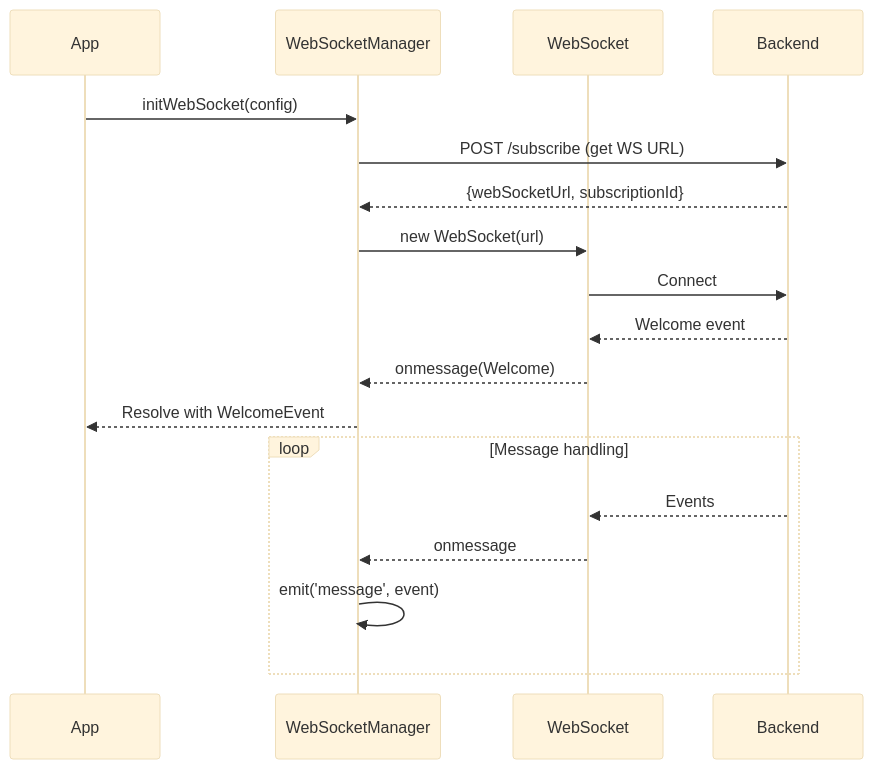
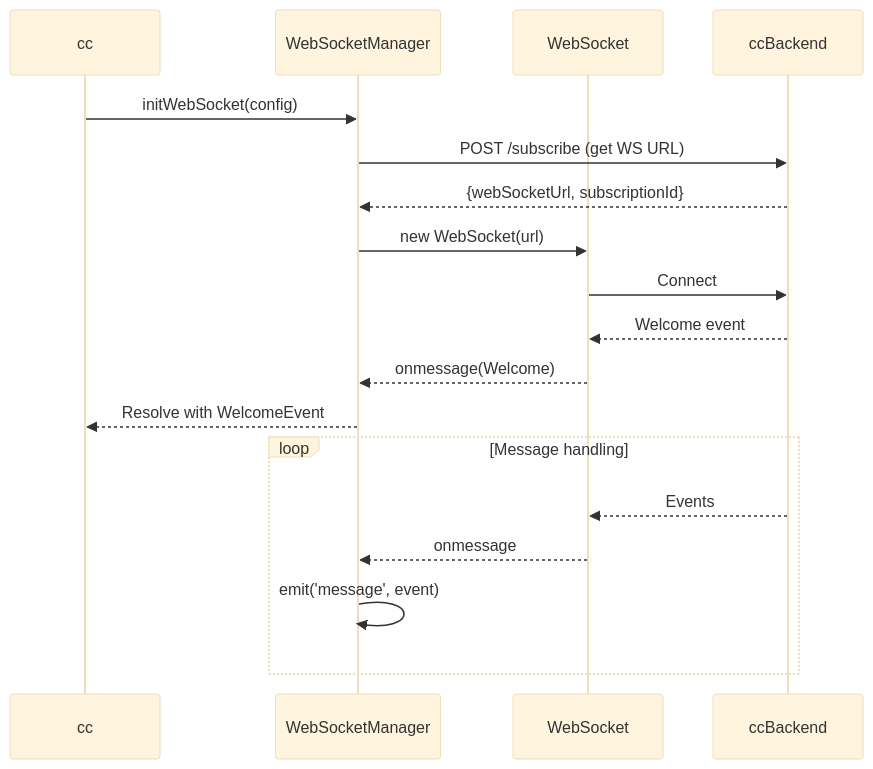
The first of 5 diagrams in packages/@webex/contact-center/src/services/core/ai-docs/ARCHITECTURE.md (webex/webex-js-sdk), drawn with Mermaid (base theme) before and after one commit. The commit also changed other lines of this file, not shown here.

````diff
--- a/packages/@webex/contact-center/src/services/core/ai-docs/ARCHITECTURE.md
+++ b/packages/@webex/contact-center/src/services/core/ai-docs/ARCHITECTURE.md
@@ -63,22 +11,22 @@
 ```mermaid
 sequenceDiagram
-    participant App
+    participant cc
     participant WSM as WebSocketManager
     participant WS as WebSocket
-    participant BE as Backend
-    
-    App->>WSM: initWebSocket(config)
+    participant BE as ccBackend
+
+    cc->>WSM: initWebSocket(config)
     WSM->>BE: POST /subscribe (get WS URL)
     BE-->>WSM: {webSocketUrl, subscriptionId}
     WSM->>WS: new WebSocket(url)
     WS->>BE: Connect
     BE-->>WS: Welcome event
     WS-->>WSM: onmessage(Welcome)
-    WSM-->>App: Resolve with WelcomeEvent
-    
+    WSM-->>cc: Resolve with WelcomeEvent
+
     loop Message handling
         BE-->>WS: Events
         WS-->>WSM: onmessage
         WSM->>WSM: emit('message', event)
     end
 ```
````
